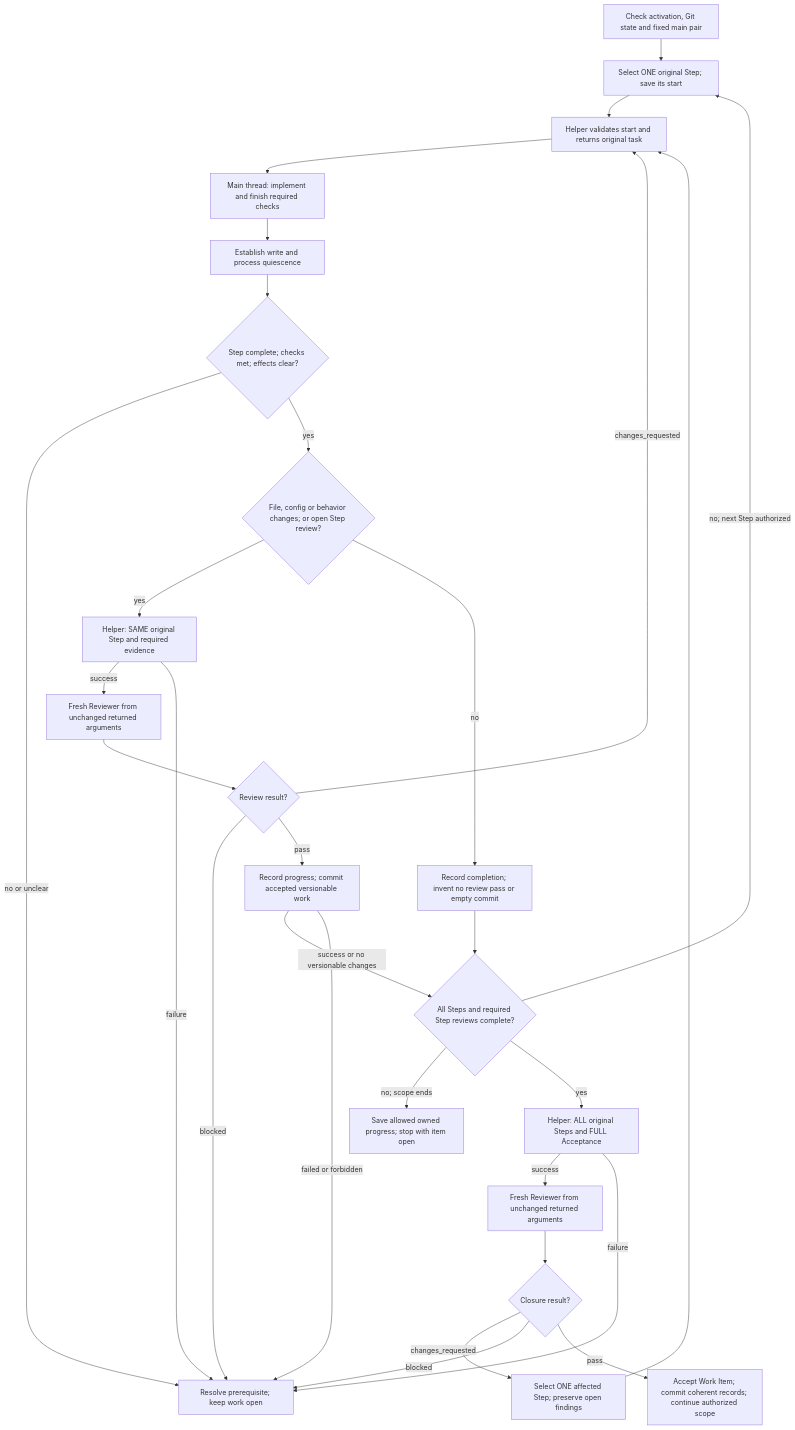
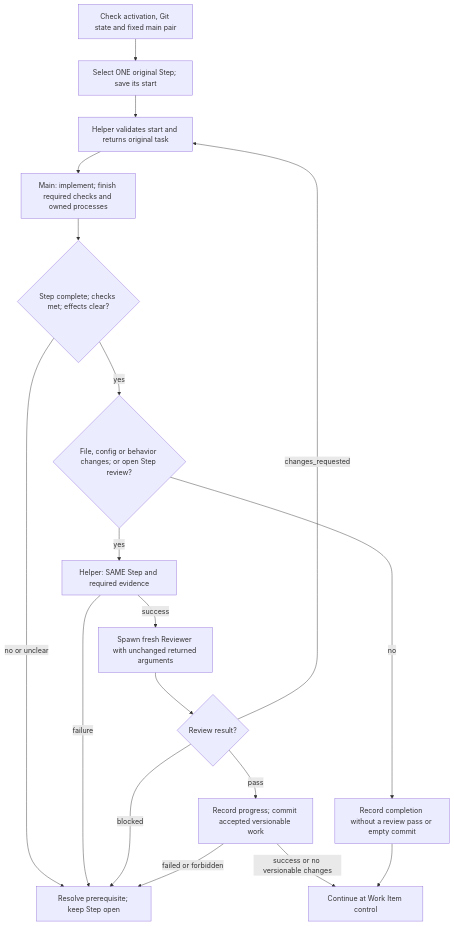
One commit to benjaminstelzer/scoville-suite-for-codex-mainloop changed the first of 2 diagrams in packages/scoville-workflow-for-codex/scoville-workflow-for-codex/SKILL.md. Above: the diagram before and after it, drawn with Mermaid. The commit also changed other lines of this file and 251 other files, not shown here.

````diff
--- a/packages/scoville-workflow-for-codex/scoville-workflow-for-codex/SKILL.md
+++ b/packages/scoville-workflow-for-codex/scoville-workflow-for-codex/SKILL.md
@@ -61,31 +61,20 @@
 ```mermaid
 flowchart TD
   ready["Check activation, Git state and fixed main pair"] --> select["Select ONE original Step; save its start"]
   select --> original["Helper validates start and returns original task"]
-  original --> code["Main thread: implement and finish required checks"]
-  code --> quiet["Establish write and process quiescence"]
-  quiet --> complete{"Step complete; checks met; effects clear?"}
-  complete -->|no or unclear| blocked["Resolve prerequisite; keep work open"]
+  original --> code["Main: implement; finish required checks and owned processes"]
+  code --> complete{"Step complete; checks met; effects clear?"}
+  complete -->|no or unclear| blocked["Resolve prerequisite; keep Step open"]
   complete -->|yes| changes{"File, config or behavior changes; or open Step review?"}
-  changes -->|yes| review["Helper: SAME original Step and required evidence"]
-  review -->|success| spawn["Fresh Reviewer from unchanged returned arguments"]
+  changes -->|no| unchanged["Record completion without a review pass or empty commit"]
+  changes -->|yes| review["Helper: SAME Step and required evidence"]
   review -->|failure| blocked
+  review -->|success| spawn["Spawn fresh Reviewer with unchanged returned arguments"]
   spawn --> result{"Review result?"}
   result -->|changes_requested| original
   result -->|blocked| blocked
   result -->|pass| commit["Record progress; commit accepted versionable work"]
-  changes -->|no| unchanged["Record completion; invent no review pass or empty commit"]
-  commit -->|success or no versionable changes| more{"All Steps and required Step reviews complete?"}
   commit -->|failed or forbidden| blocked
-  unchanged --> more
-  more -->|no; next Step authorized| select
-  more -->|no; scope ends| stop["Save allowed owned progress; stop with item open"]
-  more -->|yes| closure["Helper: ALL original Steps and FULL Acceptance"]
-  closure -->|success| closure_spawn["Fresh Reviewer from unchanged returned arguments"]
-  closure -->|failure| blocked
-  closure_spawn --> final{"Closure result?"}
-  final -->|changes_requested| affected["Select ONE affected Step; preserve open findings"]
-  affected --> original
-  final -->|blocked| blocked
-  final -->|pass| accept["Accept Work Item; commit coherent records; continue authorized scope"]
+  commit -->|success or no versionable changes| accepted["Continue at Work Item control"]
+  unchanged --> accepted
 ```
````
